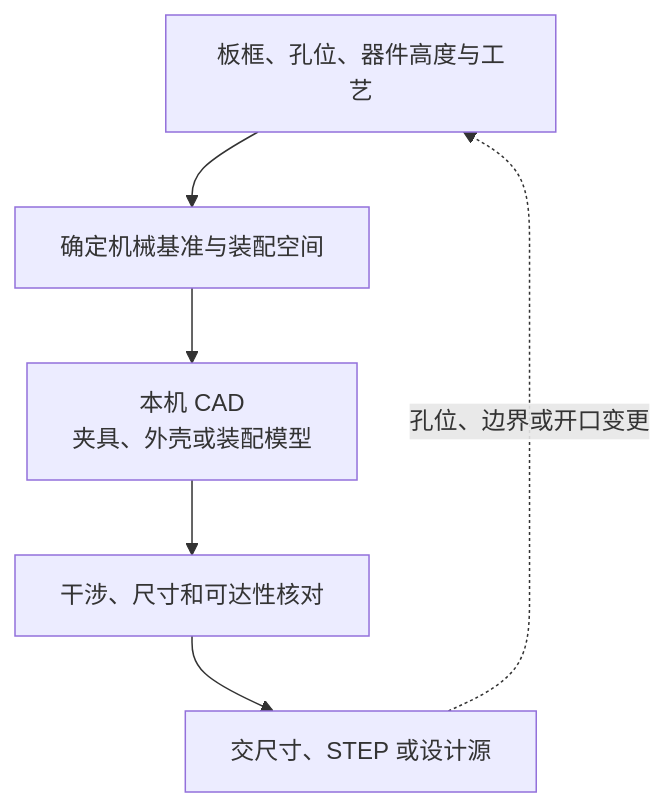
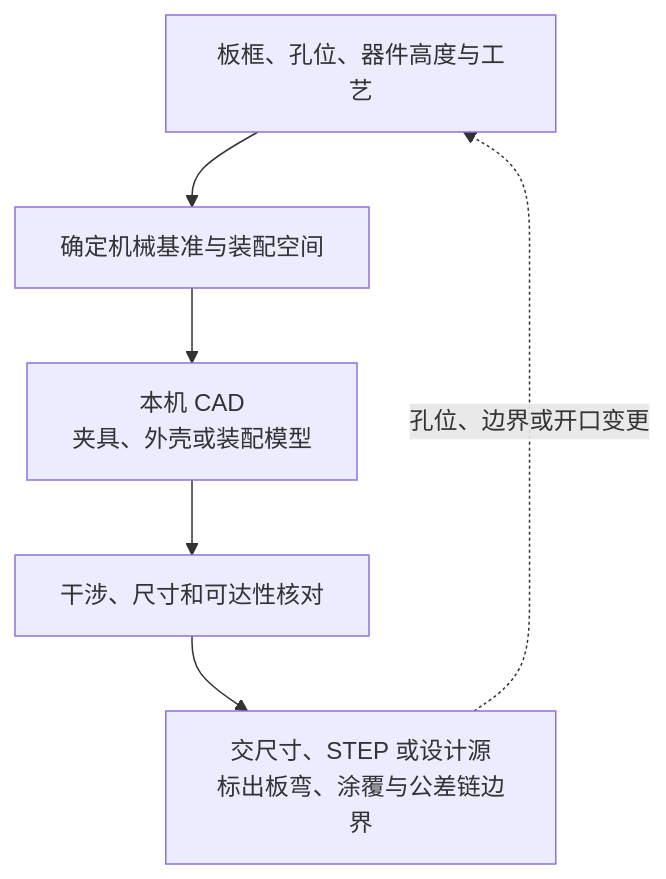
Before and after one commit to zhr1008/hardware-design-skills: the seventh of 9 diagrams in docs/architecture-guide.md, drawn with Mermaid. The commit also changed other lines of this file and 109 other files, not shown here.

````diff
--- a/docs/architecture-guide.md
+++ b/docs/architecture-guide.md
@@ -103,8 +111,8 @@
 ```mermaid
 flowchart TD
   A["板框、孔位、器件高度与工艺"] --> B["确定机械基准与装配空间"]
   B --> C["本机 CAD<br/>夹具、外壳或装配模型"]
   C --> D["干涉、尺寸和可达性核对"]
-  D --> E["交尺寸、STEP 或设计源"]
+  D --> E["交尺寸、STEP 或设计源<br/>标出板弯、涂覆与公差链边界"]
   E -. "孔位、边界或开口变更" .-> A
 ```
````
